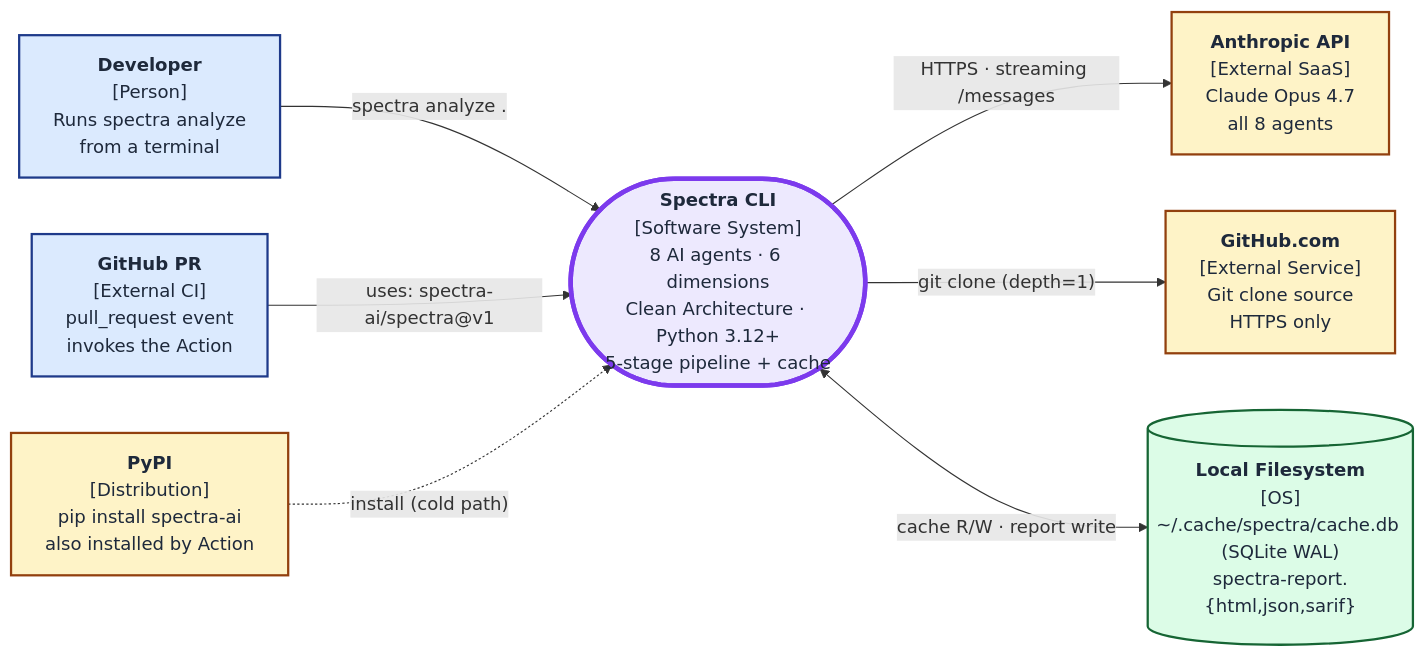
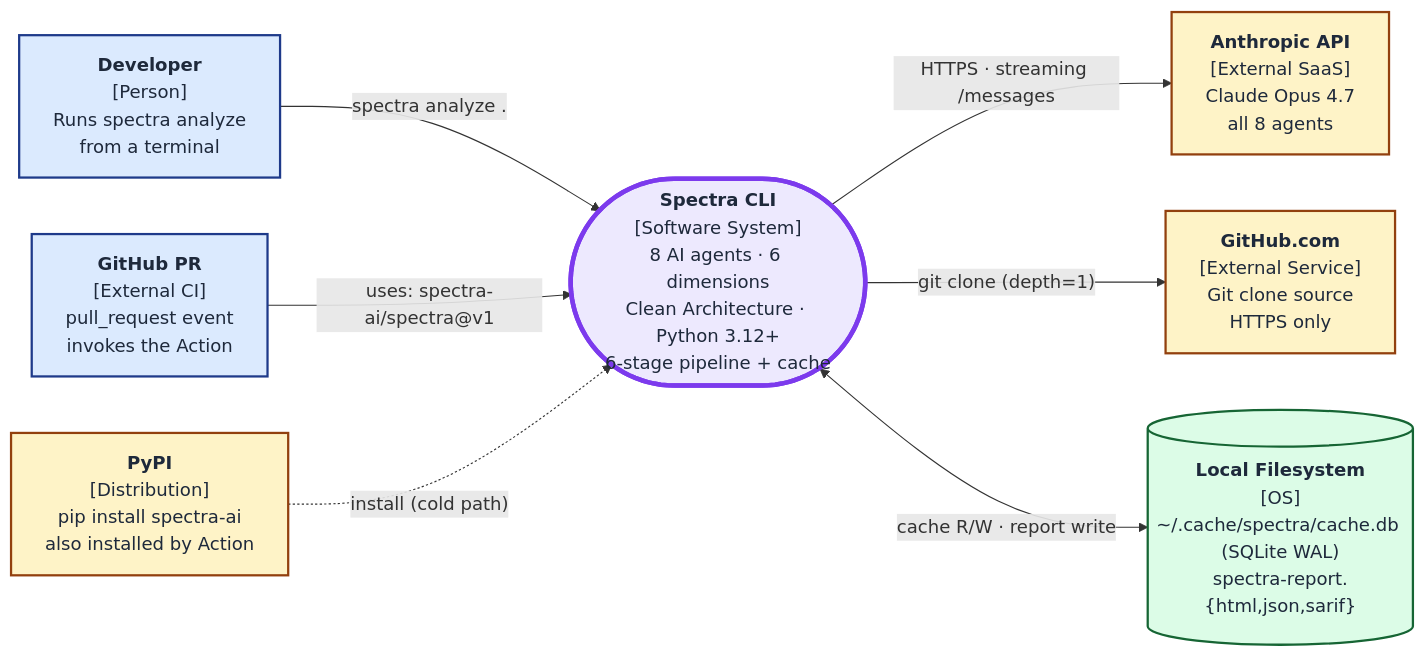
One commit to leocder07/spectra changed the third of 4 diagrams in README.md. Above: the diagram before and after it, drawn with Mermaid. The commit also changed other lines of this file and 5 other files, not shown here.

````diff
--- a/README.md
+++ b/README.md
@@ -235,25 +235,25 @@
 ```mermaid
 flowchart LR
     classDef person      fill:#dbeafe,stroke:#1e3a8a,stroke-width:2px,color:#1e293b
     classDef system      fill:#ede9fe,stroke:#7C3AED,stroke-width:4px,color:#1e293b
     classDef external    fill:#fef3c7,stroke:#92400e,stroke-width:2px,color:#1e293b
     classDef storage     fill:#dcfce7,stroke:#166534,stroke-width:2px,color:#1e293b
     classDef distribution fill:#fef3c7,stroke:#92400e,stroke-width:2px,color:#1e293b
 
     Dev["<b>Developer</b><br/>[Person]<br/>Runs spectra analyze<br/>from a terminal"]:::person
     PR["<b>GitHub PR</b><br/>[External CI]<br/>pull_request event<br/>invokes the Action"]:::person
 
-    Spectra(["<b>Spectra CLI</b><br/>[Software System]<br/>8 AI agents · 6 dimensions<br/>Clean Architecture · Python 3.12+<br/>5-stage pipeline + cache"]):::system
+    Spectra(["<b>Spectra CLI</b><br/>[Software System]<br/>8 AI agents · 6 dimensions<br/>Clean Architecture · Python 3.12+<br/>6-stage pipeline + cache"]):::system
 
     Anthropic["<b>Anthropic API</b><br/>[External SaaS]<br/>Claude Opus 4.7<br/>all 8 agents"]:::external
     GitHub["<b>GitHub.com</b><br/>[External Service]<br/>Git clone source<br/>HTTPS only"]:::external
     PyPI["<b>PyPI</b><br/>[Distribution]<br/>pip install spectra-ai<br/>also installed by Action"]:::distribution
     FS[("<b>Local Filesystem</b><br/>[OS]<br/>~/.cache/spectra/cache.db (SQLite WAL)<br/>spectra-report.{html,json,sarif}")]:::storage
 
     Dev      -- "spectra analyze ."          --> Spectra
     PR       -- "uses: spectra-ai/spectra@v1" --> Spectra
     Spectra  -- "HTTPS · streaming /messages" --> Anthropic
     Spectra  -- "git clone (depth=1)"        --> GitHub
     Spectra  <-- "cache R/W · report write"  --> FS
     PyPI     -. "install (cold path)"        .-> Spectra
 ```
````
